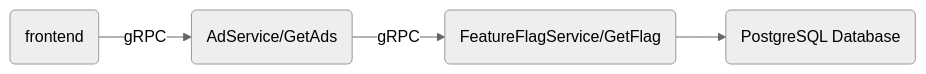
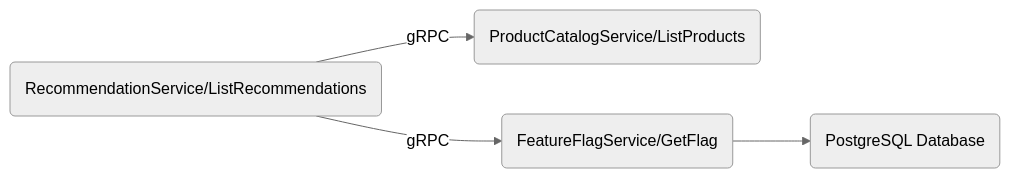
The sixth of 6 diagrams in README.md (GabrielFVieira/tbt-tools), drawn with Mermaid (neutral theme) before and after one commit. The commit also changed other lines of this file and 8 other files, not shown here.

````diff
--- a/README.md
+++ b/README.md
@@ -43,5 +73,6 @@
-  ```mermaid
-  graph LR
-  A(frontend)
-  A -->|gRPC| B(AdService/GetAds) -->|gRPC| C(FeatureFlagService/GetFlag) --> D(PostgreSQL Database)
-  ```
+    ```mermaid
+    graph LR
+    A(RecommendationService/ListRecommendations)
+    A -->|gRPC| B(ProductCatalogService/ListProducts)
+    A -->|gRPC| C(FeatureFlagService/GetFlag) --> D(PostgreSQL Database)
+    ```
````
